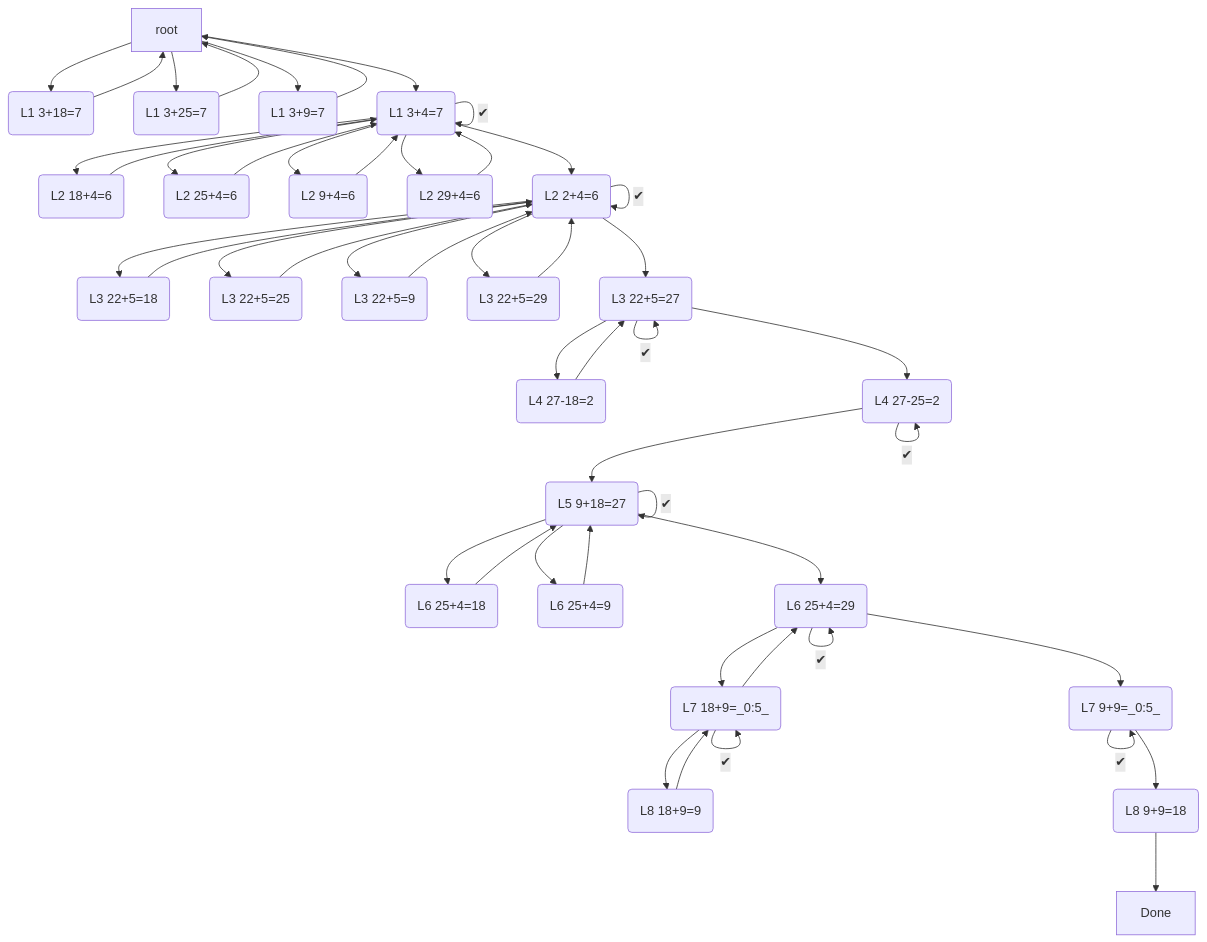
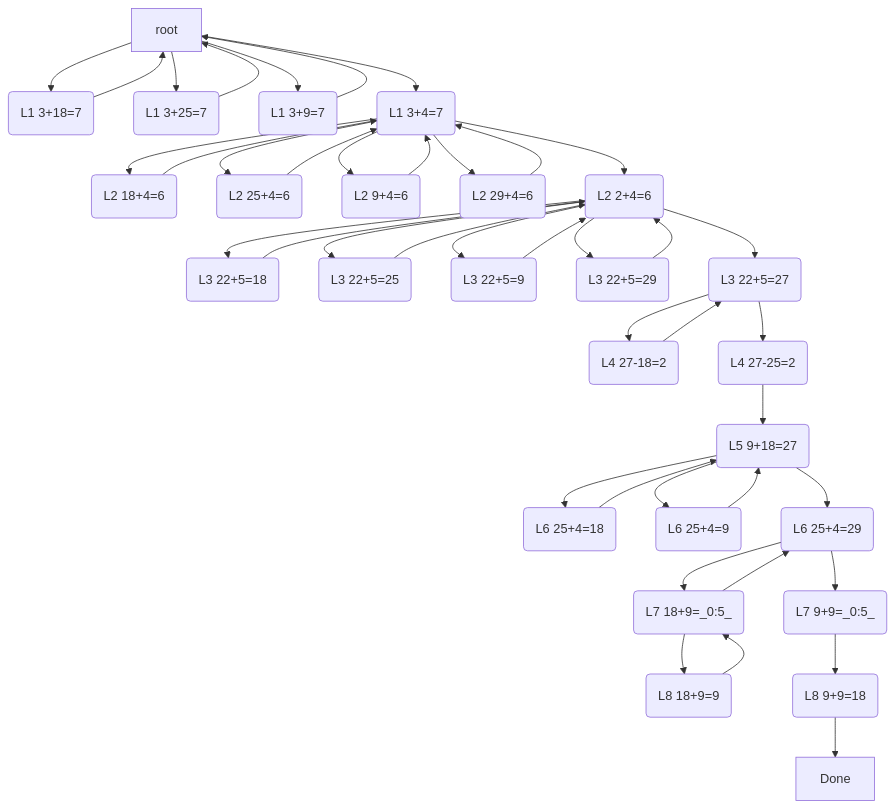
One commit to buildcomplete/YT-autoplay-cross-math changed the second of 5 diagrams in README.md. Above: the diagram before and after it, drawn with Mermaid. The commit also changed other lines of this file and 2 other files, not shown here.

````diff
--- a/README.md
+++ b/README.md
@@ -158,43 +158,43 @@
 ```mermaid
 flowchart TD
 root-->L1_3p18e7("L1 3+18=7")
 L1_3p18e7("L1 3+18=7")-->root
 root-->L1_3p25e7("L1 3+25=7")
 L1_3p25e7("L1 3+25=7")-->root
 root-->L1_3p9e7("L1 3+9=7")
 L1_3p9e7("L1 3+9=7")-->root
-root-->L1_3p4e7("L1 3+4=7")--✔-->
+root-->L1_3p4e7("L1 3+4=7")
 L1_3p4e7("L1 3+4=7")-->L2_18p4e6("L2 18+4=6")
 L2_18p4e6("L2 18+4=6")-->L1_3p4e7("L1 3+4=7")
 L1_3p4e7("L1 3+4=7")-->L2_25p4e6("L2 25+4=6")
 L2_25p4e6("L2 25+4=6")-->L1_3p4e7("L1 3+4=7")
 L1_3p4e7("L1 3+4=7")-->L2_9p4e6("L2 9+4=6")
 L2_9p4e6("L2 9+4=6")-->L1_3p4e7("L1 3+4=7")
 L1_3p4e7("L1 3+4=7")-->L2_29p4e6("L2 29+4=6")
 L2_29p4e6("L2 29+4=6")-->L1_3p4e7("L1 3+4=7")
-L1_3p4e7("L1 3+4=7")-->L2_2p4e6("L2 2+4=6")--✔-->
+L1_3p4e7("L1 3+4=7")-->L2_2p4e6("L2 2+4=6")
 L2_2p4e6("L2 2+4=6")-->L3_22p5e18("L3 22+5=18")
 L3_22p5e18("L3 22+5=18")-->L2_2p4e6("L2 2+4=6")
 L2_2p4e6("L2 2+4=6")-->L3_22p5e25("L3 22+5=25")
 L3_22p5e25("L3 22+5=25")-->L2_2p4e6("L2 2+4=6")
 L2_2p4e6("L2 2+4=6")-->L3_22p5e9("L3 22+5=9")
 L3_22p5e9("L3 22+5=9")-->L2_2p4e6("L2 2+4=6")
 L2_2p4e6("L2 2+4=6")-->L3_22p5e29("L3 22+5=29")
 L3_22p5e29("L3 22+5=29")-->L2_2p4e6("L2 2+4=6")
-L2_2p4e6("L2 2+4=6")-->L3_22p5e27("L3 22+5=27")--✔-->
+L2_2p4e6("L2 2+4=6")-->L3_22p5e27("L3 22+5=27")
 L3_22p5e27("L3 22+5=27")-->L4_27m18e2("L4 27-18=2")
 L4_27m18e2("L4 27-18=2")-->L3_22p5e27("L3 22+5=27")
-L3_22p5e27("L3 22+5=27")-->L4_27m25e2("L4 27-25=2")--✔-->
-L4_27m25e2("L4 27-25=2")-->L5_9p18e27("L5 9+18=27")--✔-->
+L3_22p5e27("L3 22+5=27")-->L4_27m25e2("L4 27-25=2")
+L4_27m25e2("L4 27-25=2")-->L5_9p18e27("L5 9+18=27")
 L5_9p18e27("L5 9+18=27")-->L6_25p4e18("L6 25+4=18")
 L6_25p4e18("L6 25+4=18")-->L5_9p18e27("L5 9+18=27")
 L5_9p18e27("L5 9+18=27")-->L6_25p4e9("L6 25+4=9")
 L6_25p4e9("L6 25+4=9")-->L5_9p18e27("L5 9+18=27")
-L5_9p18e27("L5 9+18=27")-->L6_25p4e29("L6 25+4=29")--✔-->
-L6_25p4e29("L6 25+4=29")-->L7_18p9e_0:5_("L7 18+9=_0:5_")--✔-->
+L5_9p18e27("L5 9+18=27")-->L6_25p4e29("L6 25+4=29")
+L6_25p4e29("L6 25+4=29")-->L7_18p9e_0:5_("L7 18+9=_0:5_")
 L7_18p9e_0:5_("L7 18+9=_0:5_")-->L8_18p9e9("L8 18+9=9")
 L8_18p9e9("L8 18+9=9")-->L7_18p9e_0:5_("L7 18+9=_0:5_")
 L7_18p9e_0:5_("L7 18+9=_0:5_")-->L6_25p4e29("L6 25+4=29")
-L6_25p4e29("L6 25+4=29")-->L7_9p9e_0:5_("L7 9+9=_0:5_")--✔-->
+L6_25p4e29("L6 25+4=29")-->L7_9p9e_0:5_("L7 9+9=_0:5_")
 L7_9p9e_0:5_("L7 9+9=_0:5_")-->L8_9p9e18("L8 9+9=18")-->Done
 ```
````
